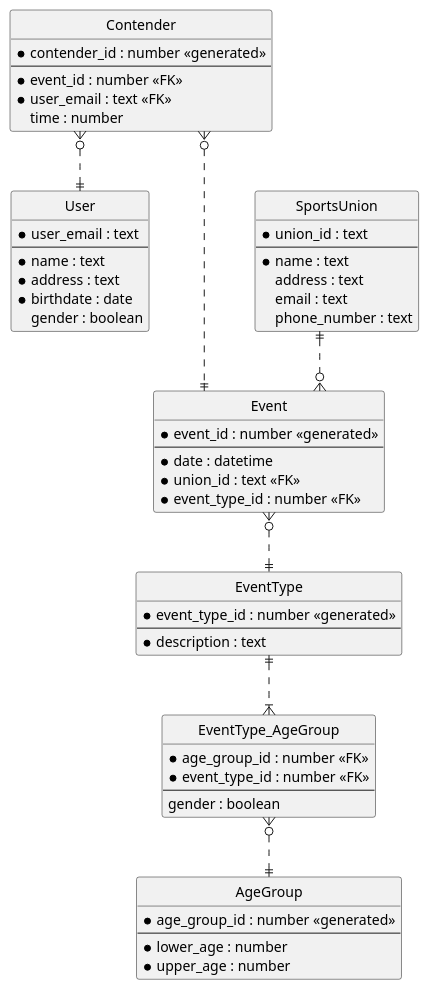
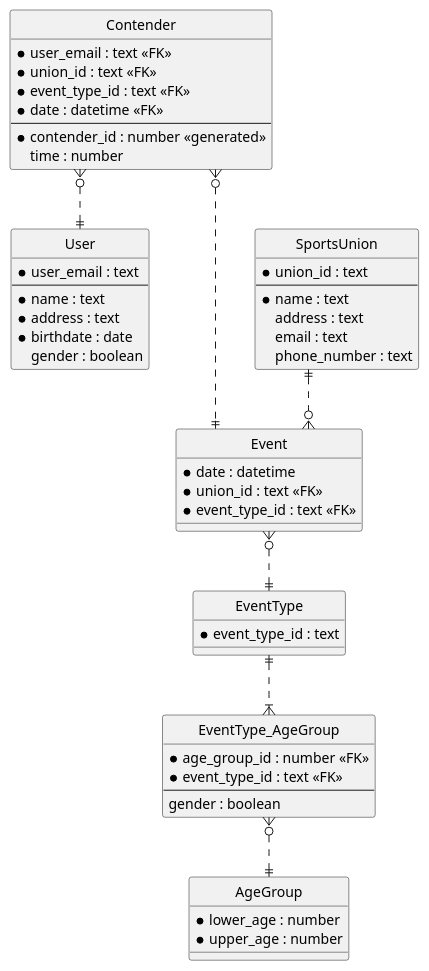
One commit to DTUSoftware/DBProject changed the diagram in src/main/resources/ER-Diagram.puml. Above: the diagram before and after it, drawn with PlantUML.

Commit message:
Update the ER diagram to not have auto incremented primary keys

```diff
--- a/src/main/resources/ER-Diagram.puml
+++ b/src/main/resources/ER-Diagram.puml
@@ -1,77 +1,73 @@
 @startuml
 'https://plantuml.com/ie-diagram
 
 ' hide the spot
 hide circle
 
 ' avoid problems with angled crows feet
 skinparam linetype ortho
 
 entity User {
   *user_email : text
   --
   *name : text
   *address : text
   *birthdate : date
   gender : boolean
 }
 
 entity Event {
-  *event_id : number <<generated>>
-  --
   *date : datetime
   *union_id : text <<FK>>
-  *event_type_id : number <<FK>>
+  *event_type_id : text <<FK>>
 }
 
 entity EventType {
-  *event_type_id : number <<generated>>
-  --
-  *description : text
+  *event_type_id : text
 }
 Event }o..|| EventType
 
 entity Contender {
+  * user_email : text <<FK>>
+  * union_id : text <<FK>>
+  * event_type_id : text <<FK>>
+  * date : datetime <<FK>>
+  --
   *contender_id : number <<generated>>
-  --
-    * event_id : number <<FK>>
-  * user_email : text <<FK>>
   time : number
 }
 Contender }o...|| Event
 Contender }o..|| User
 
 
 entity AgeGroup {
-    *age_group_id : number <<generated>>
-    --
     *lower_age : number
     *upper_age : number
 }
 
 entity EventType_AgeGroup {
     * age_group_id : number <<FK>>
-    * event_type_id : number <<FK>>
+    * event_type_id : text <<FK>>
     --
     gender : boolean
 }
 EventType ||..|{ EventType_AgeGroup
 EventType_AgeGroup }o..|| AgeGroup
 
 entity SportsUnion {
     *union_id : text
     --
     *name : text
     address : text
     email : text
     phone_number : text
 }
 SportsUnion ||..o{ Event
 
 
 
 'User ||..o{ Event
 'User |o..o{ Contender
 
 
 @enduml
```
